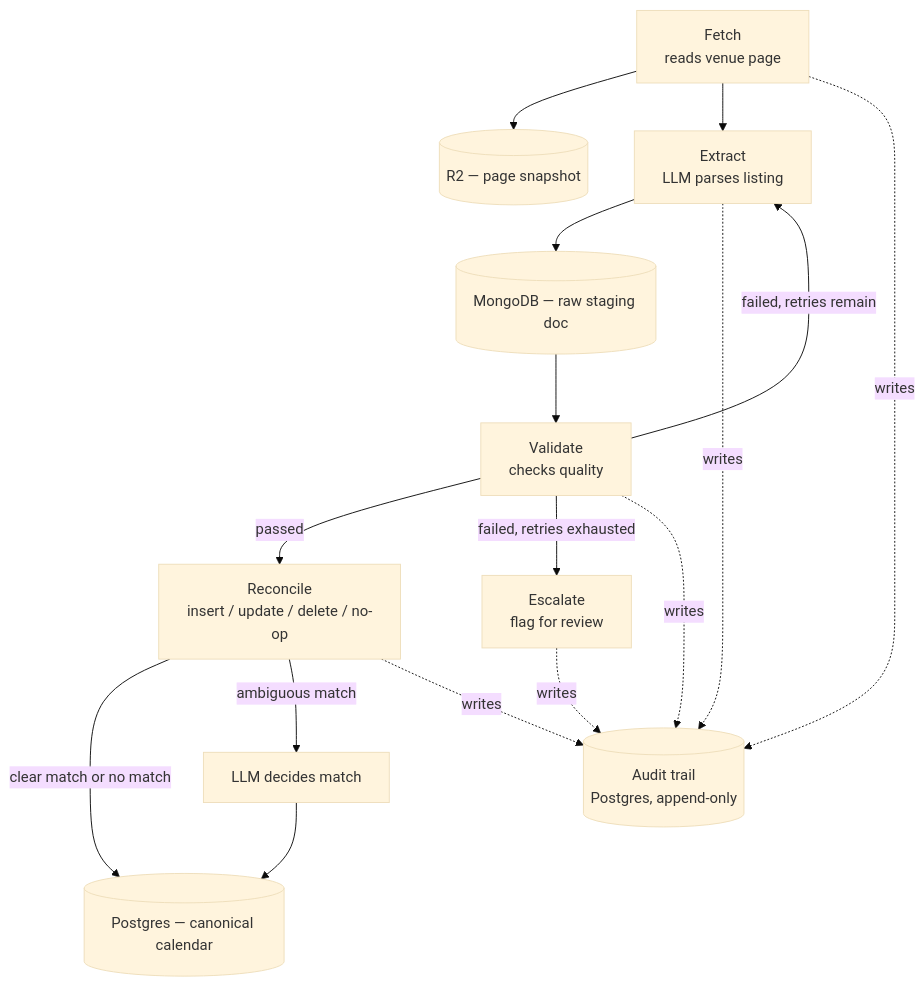
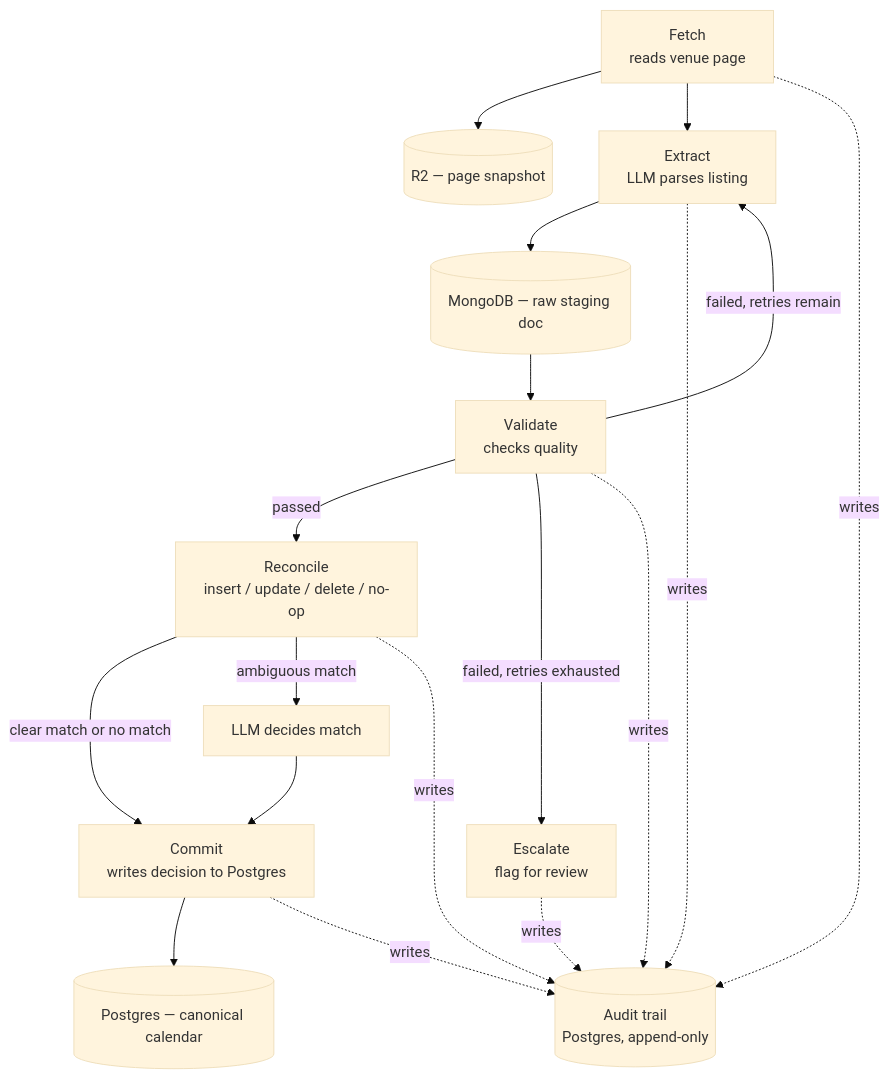
One commit to arikoinuma/agentic-live-music-calendar changed the second of 2 diagrams in docs/arch/arch-initial.md. Above: the diagram before and after it, drawn with Mermaid (base theme). The commit also changed other lines of this file and 7 other files, not shown here.

````diff
--- a/docs/arch/arch-initial.md
+++ b/docs/arch/arch-initial.md
@@ -134,18 +151,20 @@
 ```mermaid
 flowchart TD
     Fetch["Fetch<br/>reads venue page"] --> Snapshot[("R2 — page snapshot")]
     Fetch --> Extract["Extract<br/>LLM parses listing"]
     Extract --> Staging[("MongoDB — raw staging doc")]
     Staging --> Validate["Validate<br/>checks quality"]
     Validate -->|passed| Reconcile["Reconcile<br/>insert / update / delete / no-op"]
     Validate -->|failed, retries remain| Extract
     Validate -->|failed, retries exhausted| Escalate["Escalate<br/>flag for review"]
-    Reconcile -->|clear match or no match| PG[("Postgres — canonical calendar")]
+    Reconcile -->|clear match or no match| Commit["Commit<br/>writes decision to Postgres"]
     Reconcile -->|ambiguous match| LLMMatch["LLM decides match"]
-    LLMMatch --> PG
+    LLMMatch --> Commit
+    Commit --> PG[("Postgres — canonical calendar")]
     Fetch -.writes.-> Audit[("Audit trail<br/>Postgres, append-only")]
     Extract -.writes.-> Audit
     Validate -.writes.-> Audit
     Reconcile -.writes.-> Audit
+    Commit -.writes.-> Audit
     Escalate -.writes.-> Audit
 ```
````
